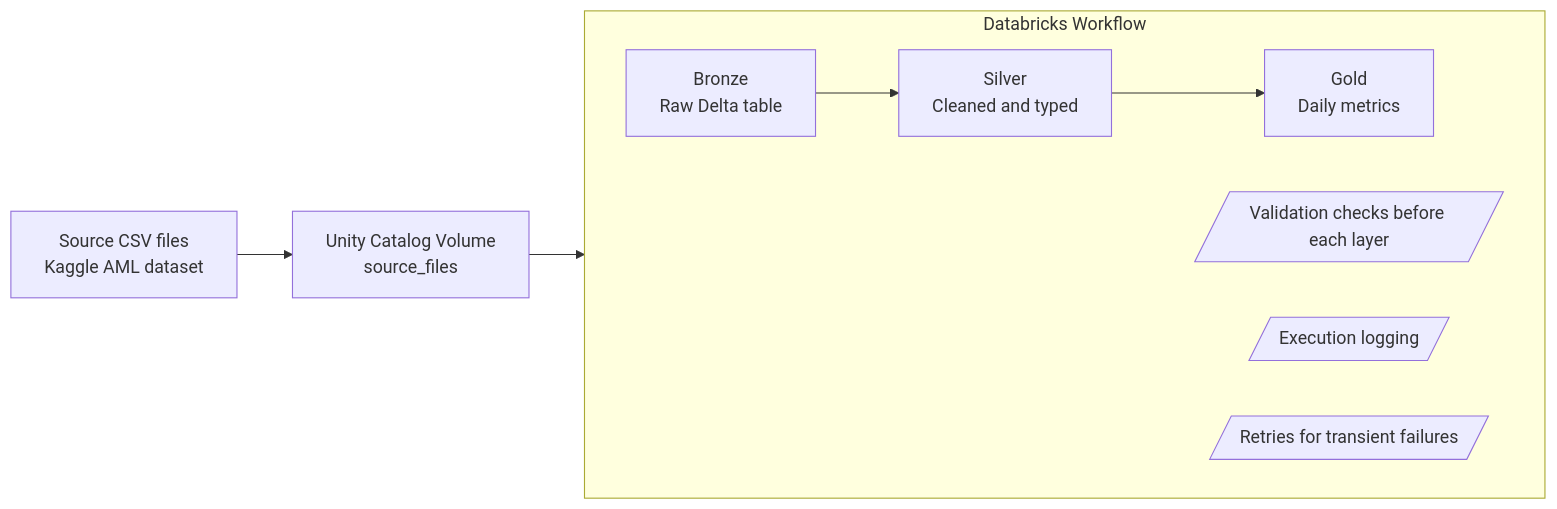
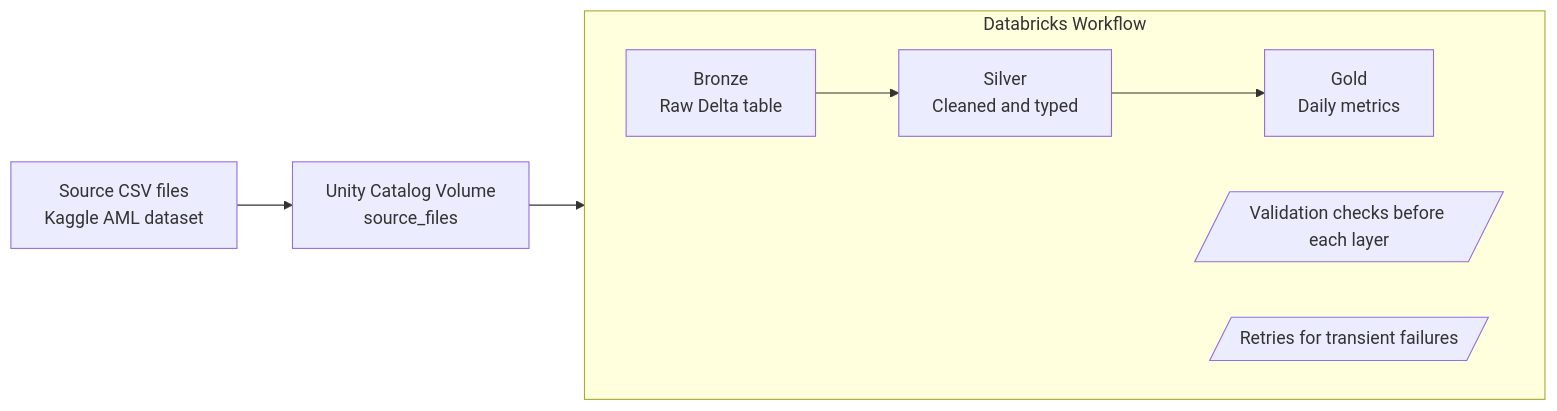
The diagram in docs/architecture.md (Kiran-Katti/Databricks-AML-Datapipeline), drawn with Mermaid before and after one commit.

Commit message:
Remove execution logging from architecture diagram
Removed execution logging from Databricks workflow diagram.

````diff
--- a/docs/architecture.md
+++ b/docs/architecture.md
@@ -1,12 +1,11 @@
 ```mermaid
 flowchart LR
     A[Source CSV files<br/>Kaggle AML dataset] --> B[Unity Catalog Volume<br/>source_files]
     subgraph W[Databricks Workflow]
         direction LR
         C[Bronze<br/>Raw Delta table] --> D[Silver<br/>Cleaned and typed] --> E[Gold<br/>Daily metrics]
         V[/Validation checks before each layer/]
-        L[/Execution logging/]
         R[/Retries for transient failures/]
     end
     B --> C
 ```
````
